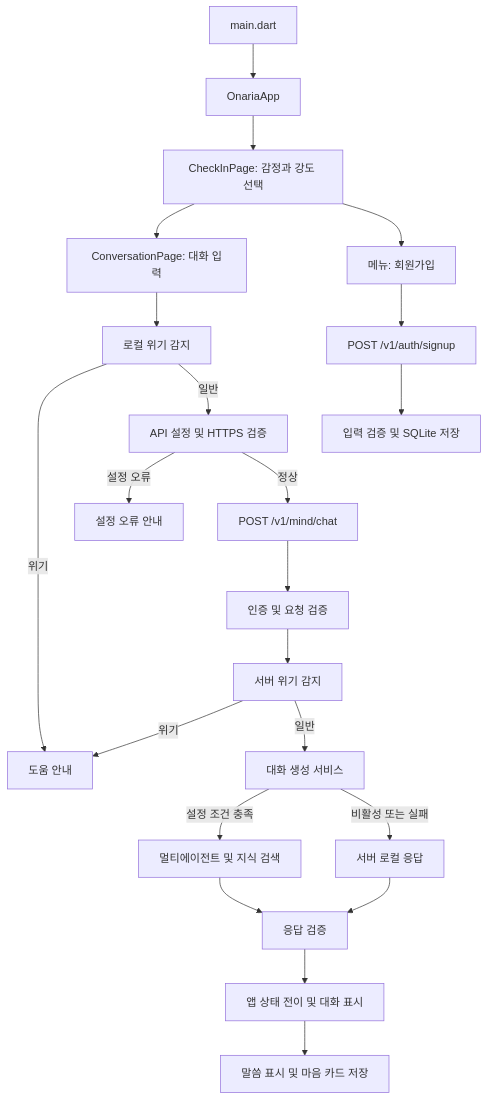
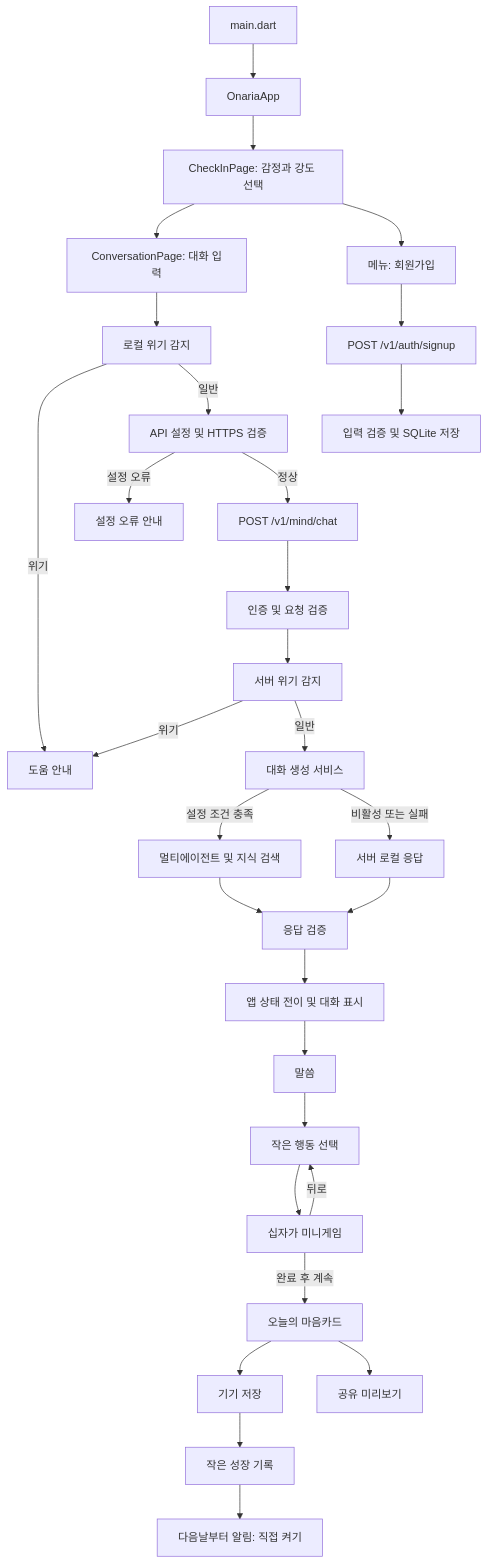
One commit to Naharuya/soul-bible changed the diagram in PROCESS_CODE_MAP.md. Above: the diagram before and after it, drawn with Mermaid. The commit also changed other lines of this file and 52 other files, not shown here.

First line of the commit message:
Complete reflection game flow and engagement features

````diff
--- a/PROCESS_CODE_MAP.md
+++ b/PROCESS_CODE_MAP.md
@@ -9,24 +9,32 @@
 ```mermaid
 flowchart TD
     A[main.dart] --> B[OnariaApp]
     B --> C[CheckInPage: 감정과 강도 선택]
     C --> D[ConversationPage: 대화 입력]
     D --> E[로컬 위기 감지]
     E -->|위기| F[도움 안내]
     E -->|일반| G[API 설정 및 HTTPS 검증]
     G -->|설정 오류| H[설정 오류 안내]
     G -->|정상| I[POST /v1/mind/chat]
     I --> J[인증 및 요청 검증]
     J --> K[서버 위기 감지]
     K -->|위기| F
     K -->|일반| L[대화 생성 서비스]
     L -->|설정 조건 충족| M[멀티에이전트 및 지식 검색]
     L -->|비활성 또는 실패| N[서버 로컬 응답]
     M --> O[응답 검증]
     N --> O
     O --> P[앱 상태 전이 및 대화 표시]
-    P --> Q[말씀 표시 및 마음 카드 저장]
+    P --> Q[말씀]
+    Q --> U[작은 행동 선택]
+    U --> V[십자가 미니게임]
+    V -->|완료 후 계속| W[오늘의 마음카드]
+    V -->|뒤로| U
+    W --> X[기기 저장]
+    W --> Y[공유 미리보기]
+    X --> Z[작은 성장 기록]
+    Z --> AA[다음날부터 알림: 직접 켜기]
     C --> R[메뉴: 회원가입]
     R --> S[POST /v1/auth/signup]
     S --> T[입력 검증 및 SQLite 저장]
 ```
````
